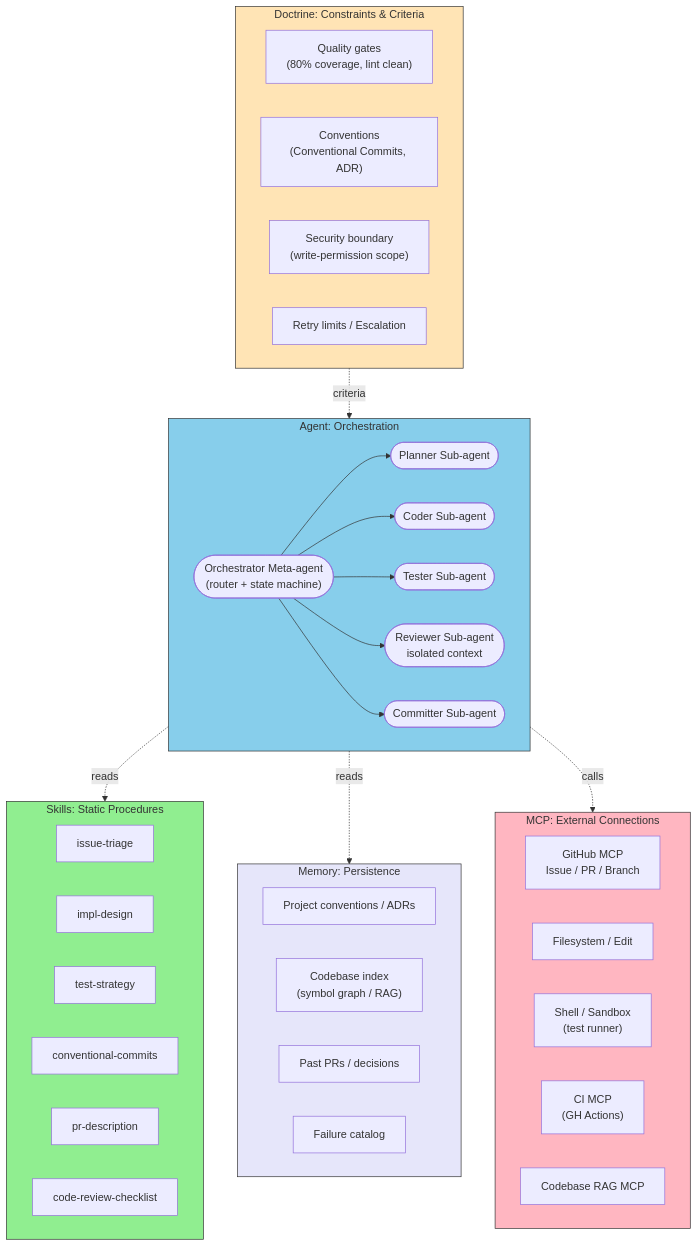
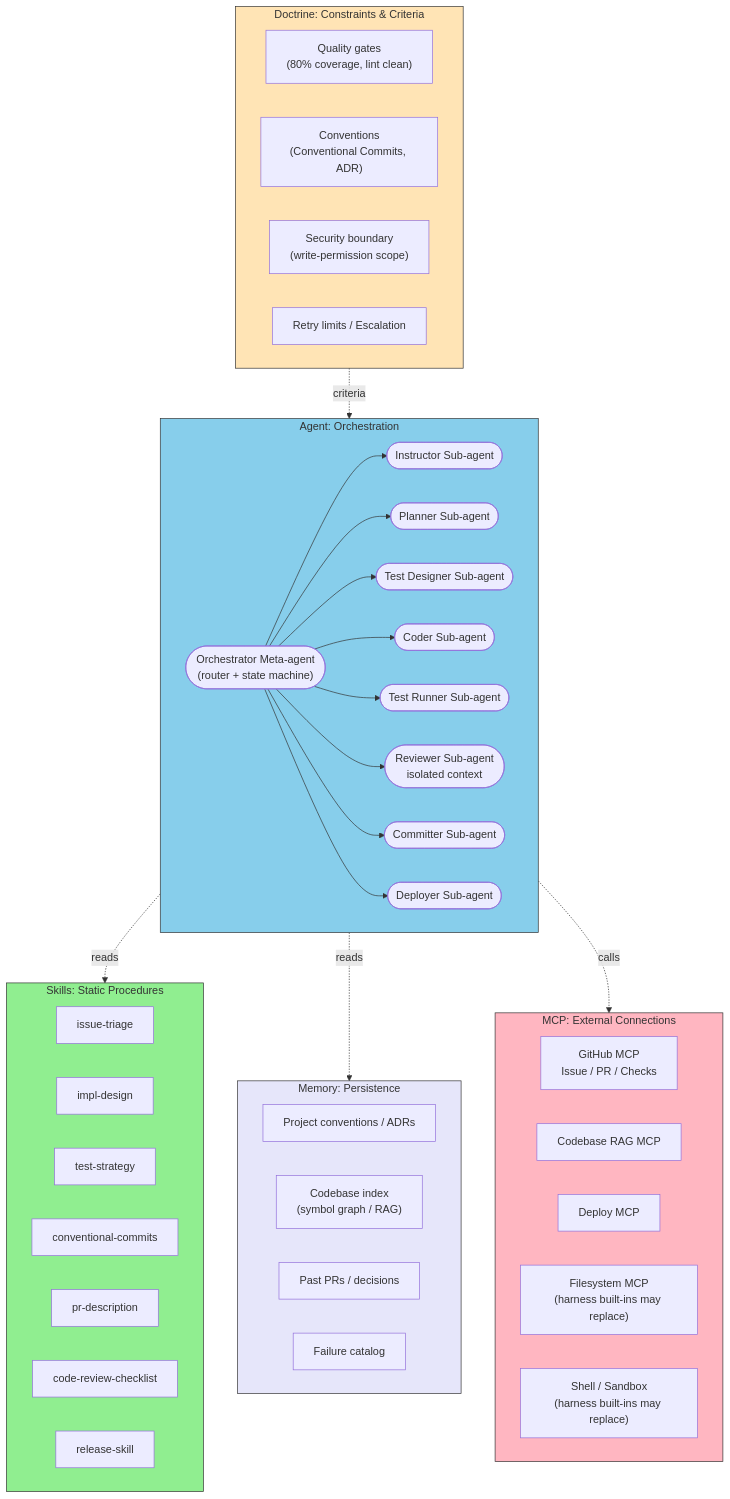
One commit to shuji-bonji/ai-agent-architecture changed the second of 8 diagrams in docs/workflows/autonomous-dev-meta-agent.md. Above: the diagram before and after it, drawn with Mermaid. The commit also changed other lines of this file and 1 other file, not shown here.

Commit message:
fix: Issue→Deploy 自律化: Meta-agent + Sub-agent パターン の訂正

````diff
--- a/docs/workflows/autonomous-dev-meta-agent.md
+++ b/docs/workflows/autonomous-dev-meta-agent.md
@@ -59,58 +61,65 @@
 ```mermaid
 flowchart TB
     subgraph DOCTRINE["Doctrine: Constraints & Criteria"]
         D1["Quality gates<br/>(80% coverage, lint clean)"]
         D2["Conventions<br/>(Conventional Commits, ADR)"]
         D3["Security boundary<br/>(write-permission scope)"]
         D4["Retry limits / Escalation"]
     end
 
     subgraph AGENT["Agent: Orchestration"]
         ORCH(["Orchestrator Meta-agent<br/>(router + state machine)"])
+        INSTR(["Instructor Sub-agent"])
         PLAN(["Planner Sub-agent"])
+        TDESIGN(["Test Designer Sub-agent"])
         CODER(["Coder Sub-agent"])
-        TESTER(["Tester Sub-agent"])
+        TRUN(["Test Runner Sub-agent"])
         REVIEWER(["Reviewer Sub-agent<br/>isolated context"])
         COMMITTER(["Committer Sub-agent"])
+        DEPLOYER(["Deployer Sub-agent"])
     end
 
     subgraph SKILLS["Skills: Static Procedures"]
         S1["issue-triage"]
         S2["impl-design"]
         S3["test-strategy"]
         S4["conventional-commits"]
         S5["pr-description"]
         S6["code-review-checklist"]
+        S7["release-skill"]
     end
 
     subgraph MEMORY["Memory: Persistence"]
         M1["Project conventions / ADRs"]
         M2["Codebase index<br/>(symbol graph / RAG)"]
         M3["Past PRs / decisions"]
         M4["Failure catalog"]
     end
 
     subgraph MCP["MCP: External Connections"]
-        T1["GitHub MCP<br/>Issue / PR / Branch"]
-        T2["Filesystem / Edit"]
-        T3["Shell / Sandbox<br/>(test runner)"]
-        T4["CI MCP<br/>(GH Actions)"]
-        T5["Codebase RAG MCP"]
+        T1["GitHub MCP<br/>Issue / PR / Checks"]
+        T2["Codebase RAG MCP"]
+        T3["Deploy MCP"]
+        T4["Filesystem MCP<br/>(harness built-ins may replace)"]
+        T5["Shell / Sandbox<br/>(harness built-ins may replace)"]
     end
 
+    ORCH --> INSTR
     ORCH --> PLAN
+    ORCH --> TDESIGN
     ORCH --> CODER
-    ORCH --> TESTER
+    ORCH --> TRUN
     ORCH --> REVIEWER
     ORCH --> COMMITTER
+    ORCH --> DEPLOYER
     DOCTRINE -.criteria.-> AGENT
     AGENT -.reads.-> SKILLS
     AGENT -.reads.-> MEMORY
     AGENT -.calls.-> MCP
 
     style DOCTRINE fill:#FFE4B5,color:#333,stroke:#333
     style AGENT fill:#87CEEB,color:#333,stroke:#333
     style SKILLS fill:#90EE90,color:#333,stroke:#333
     style MEMORY fill:#E6E6FA,color:#333,stroke:#333
     style MCP fill:#FFB6C1,color:#333,stroke:#333
 ```
````
